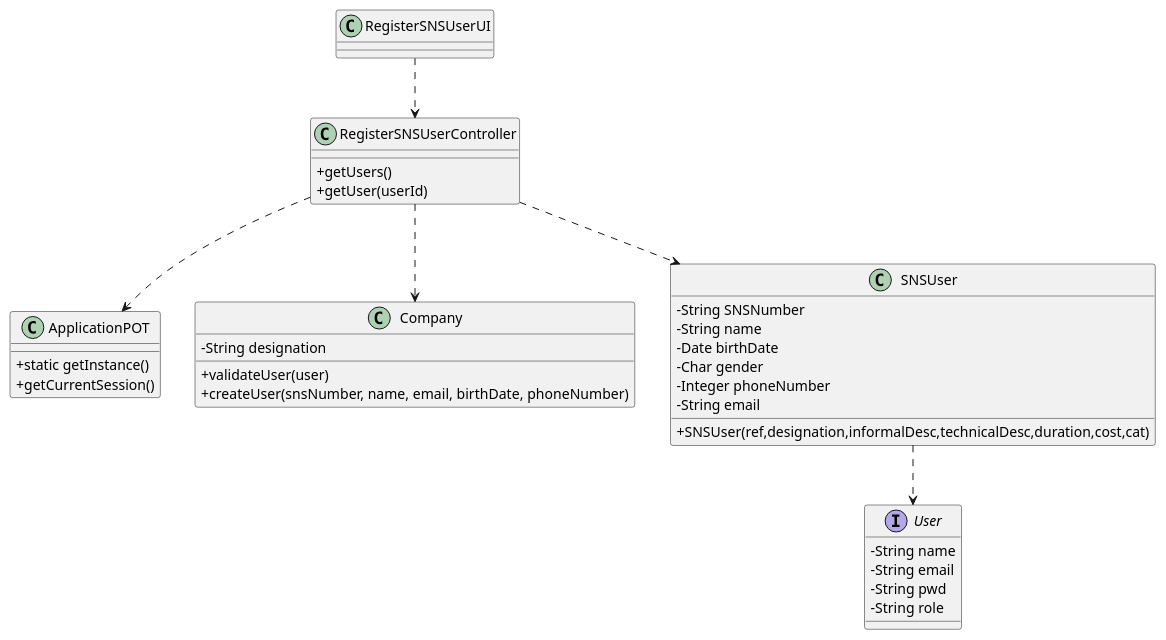
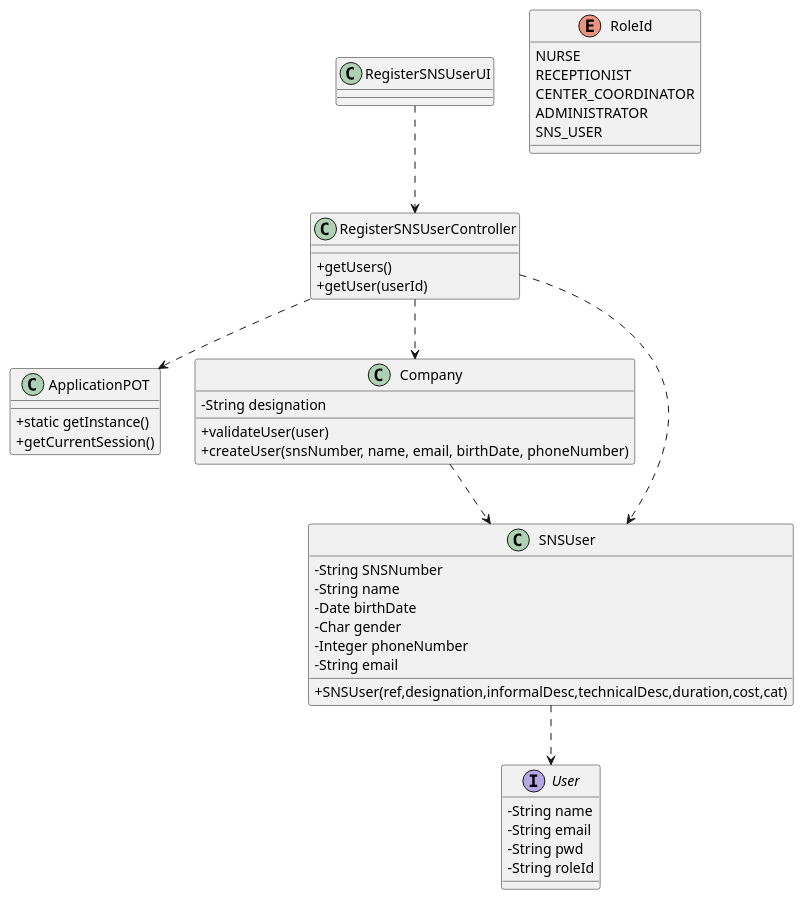
One commit to miseEnPlace-i/lapr2 changed the diagram in docs/SprintB/US03/CD/US03_CD.puml. Above: the diagram before and after it, drawn with PlantUML. The commit also changed 1 other file, not shown here.

```diff
--- a/docs/SprintB/US03/CD/US03_CD.puml
+++ b/docs/SprintB/US03/CD/US03_CD.puml
@@ -1,52 +1,62 @@
 @startuml Class Diagram
 skinparam classAttributeIconSize 0
 
 class ApplicationPOT {
   + static getInstance()
   + getCurrentSession()
 }
 
 class Company {
   - String designation
   + validateUser(user)
   + createUser(snsNumber, name, email, birthDate, phoneNumber)
 }
 
 class RegisterSNSUserController {
   + getUsers()
   + getUser(userId)
 }
 
 class RegisterSNSUserUI { }
 
 class SNSUser {
   - String SNSNumber
   - String name
   - Date birthDate
   - Char gender
   - Integer phoneNumber
   - String email
   + SNSUser(ref,designation,informalDesc,technicalDesc,duration,cost,cat)
 }
 
 interface User {
   - String name
   - String email
   - String pwd
-  - String role
+  - String roleId
+}
+
+enum RoleId {
+  NURSE
+  RECEPTIONIST
+  CENTER_COORDINATOR
+  ADMINISTRATOR
+  SNS_USER
 }
 
 ' class UserSession {
 '   + getUserEmail()
 ' }
+
+Company ..> SNSUser
 
 RegisterSNSUserController ..> ApplicationPOT
 RegisterSNSUserController ..> Company
 RegisterSNSUserController ..> SNSUser
 ' RegisterSNSUserController ..> UserSession
 
 RegisterSNSUserUI ..> RegisterSNSUserController
 
 SNSUser ..> User
 
 @enduml
```
